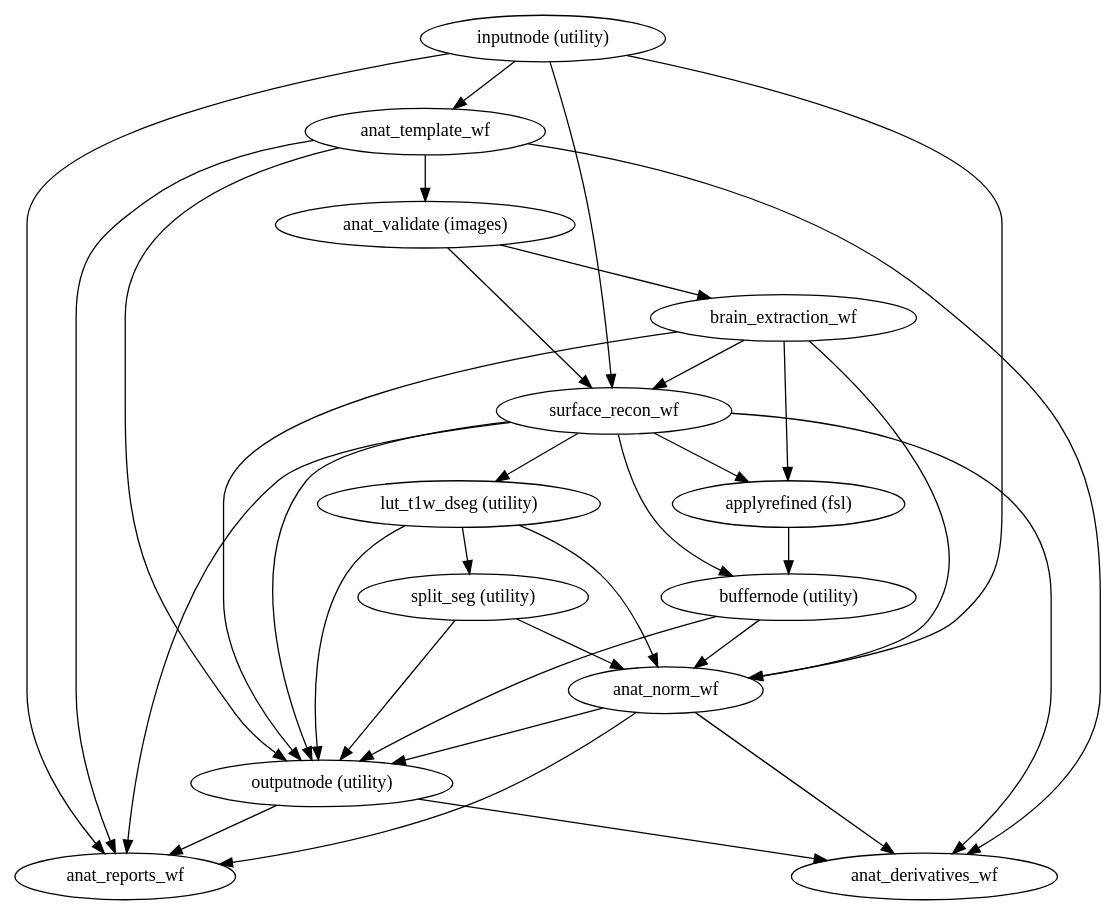
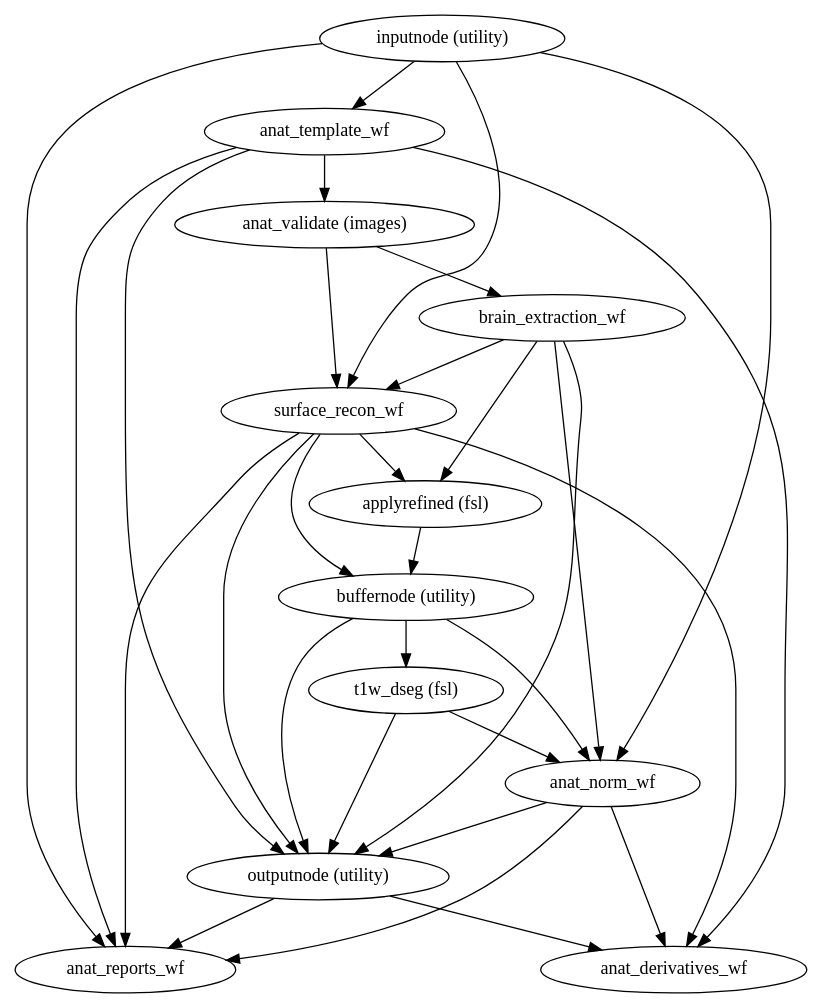
One commit to nuKs/smriprep changed the diagram in 0.4.0rc1/wf_directive/api/anat_preproc_wf/smriprep-workflows-anatomical-1.dot. Above: the diagram before and after it, drawn with Graphviz. The commit also changed 2798 other files, not shown here.

```diff
--- a/0.4.0rc1/wf_directive/api/anat_preproc_wf/smriprep-workflows-anatomical-1.dot
+++ b/0.4.0rc1/wf_directive/api/anat_preproc_wf/smriprep-workflows-anatomical-1.dot
@@ -1,48 +1,44 @@
 strict digraph  {
+"buffernode (utility)";
+"t1w_dseg (fsl)";
 "outputnode (utility)";
+anat_norm_wf;
 anat_reports_wf;
 anat_derivatives_wf;
 "inputnode (utility)";
 anat_template_wf;
-anat_norm_wf;
 surface_recon_wf;
 "anat_validate (images)";
 brain_extraction_wf;
 "applyrefined (fsl)";
-"buffernode (utility)";
-"lut_t1w_dseg (utility)";
-"split_seg (utility)";
+"buffernode (utility)" -> "t1w_dseg (fsl)";
+"buffernode (utility)" -> "outputnode (utility)";
+"buffernode (utility)" -> anat_norm_wf;
+"t1w_dseg (fsl)" -> "outputnode (utility)";
+"t1w_dseg (fsl)" -> anat_norm_wf;
 "outputnode (utility)" -> anat_reports_wf;
 "outputnode (utility)" -> anat_derivatives_wf;
+anat_norm_wf -> "outputnode (utility)";
+anat_norm_wf -> anat_reports_wf;
+anat_norm_wf -> anat_derivatives_wf;
 "inputnode (utility)" -> anat_template_wf;
 "inputnode (utility)" -> anat_norm_wf;
 "inputnode (utility)" -> anat_reports_wf;
 "inputnode (utility)" -> surface_recon_wf;
 anat_template_wf -> "anat_validate (images)";
 anat_template_wf -> "outputnode (utility)";
 anat_template_wf -> anat_reports_wf;
 anat_template_wf -> anat_derivatives_wf;
-anat_norm_wf -> "outputnode (utility)";
-anat_norm_wf -> anat_reports_wf;
-anat_norm_wf -> anat_derivatives_wf;
 surface_recon_wf -> "applyrefined (fsl)";
-surface_recon_wf -> "lut_t1w_dseg (utility)";
 surface_recon_wf -> "outputnode (utility)";
 surface_recon_wf -> "buffernode (utility)";
 surface_recon_wf -> anat_reports_wf;
 surface_recon_wf -> anat_derivatives_wf;
 "anat_validate (images)" -> brain_extraction_wf;
 "anat_validate (images)" -> surface_recon_wf;
 brain_extraction_wf -> "outputnode (utility)";
 brain_extraction_wf -> anat_norm_wf;
 brain_extraction_wf -> surface_recon_wf;
 brain_extraction_wf -> "applyrefined (fsl)";
 "applyrefined (fsl)" -> "buffernode (utility)";
-"buffernode (utility)" -> "outputnode (utility)";
-"buffernode (utility)" -> anat_norm_wf;
-"lut_t1w_dseg (utility)" -> anat_norm_wf;
-"lut_t1w_dseg (utility)" -> "outputnode (utility)";
-"lut_t1w_dseg (utility)" -> "split_seg (utility)";
-"split_seg (utility)" -> anat_norm_wf;
-"split_seg (utility)" -> "outputnode (utility)";
 }
```
